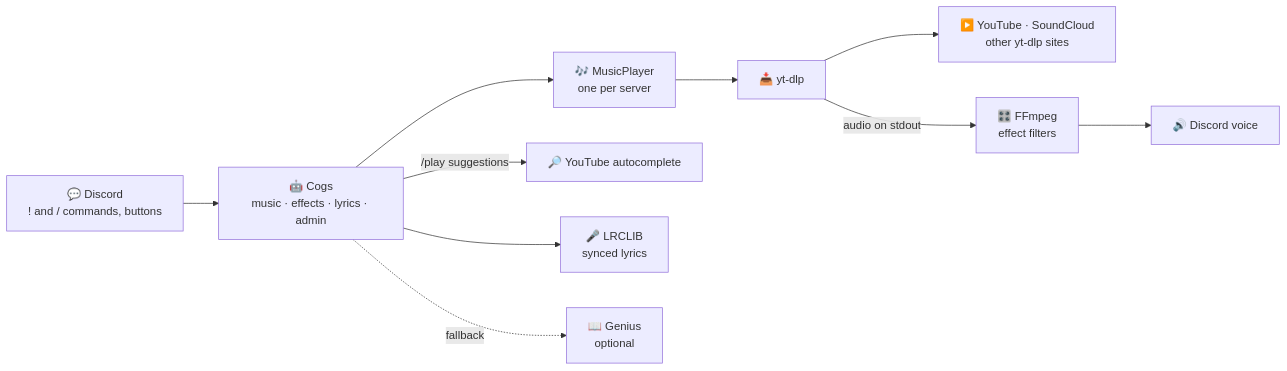
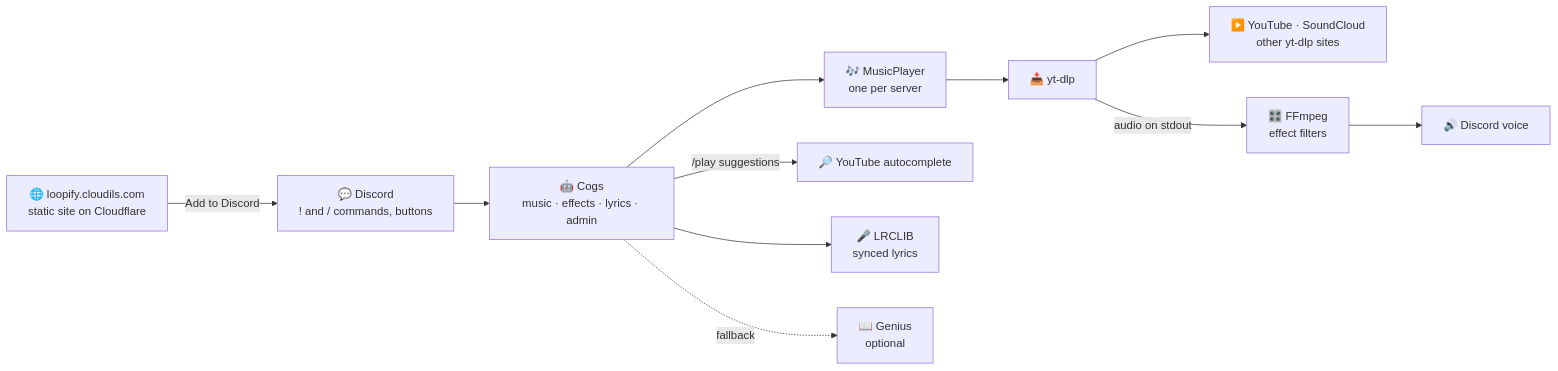
One commit to Isma-L154/LoopifyBot changed the diagram in README.md. Above: the diagram before and after it, drawn with Mermaid. The commit also changed other lines of this file and 7 other files, not shown here.

````diff
--- a/README.md
+++ b/README.md
@@ -107,12 +108,13 @@
 ```mermaid
 flowchart LR
     user["💬 Discord<br/>! and / commands, buttons"] --> cogs["🤖 Cogs<br/>music · effects · lyrics · admin"]
     cogs --> player["🎶 MusicPlayer<br/>one per server"]
     cogs -->|"/play suggestions"| suggest["🔎 YouTube autocomplete"]
     player --> ytdlp["📥 yt-dlp"]
     ytdlp --> sources["▶️ YouTube · SoundCloud<br/>other yt-dlp sites"]
     ytdlp -->|"audio on stdout"| ffmpeg["🎛️ FFmpeg<br/>effect filters"]
     ffmpeg --> voice["🔊 Discord voice"]
     cogs --> lrclib["🎤 LRCLIB<br/>synced lyrics"]
     cogs -.->|"fallback"| genius["📖 Genius<br/>optional"]
+    site["🌐 loopify.cloudils.com<br/>static site on Cloudflare"] -->|"Add to Discord"| user
 ```
````
